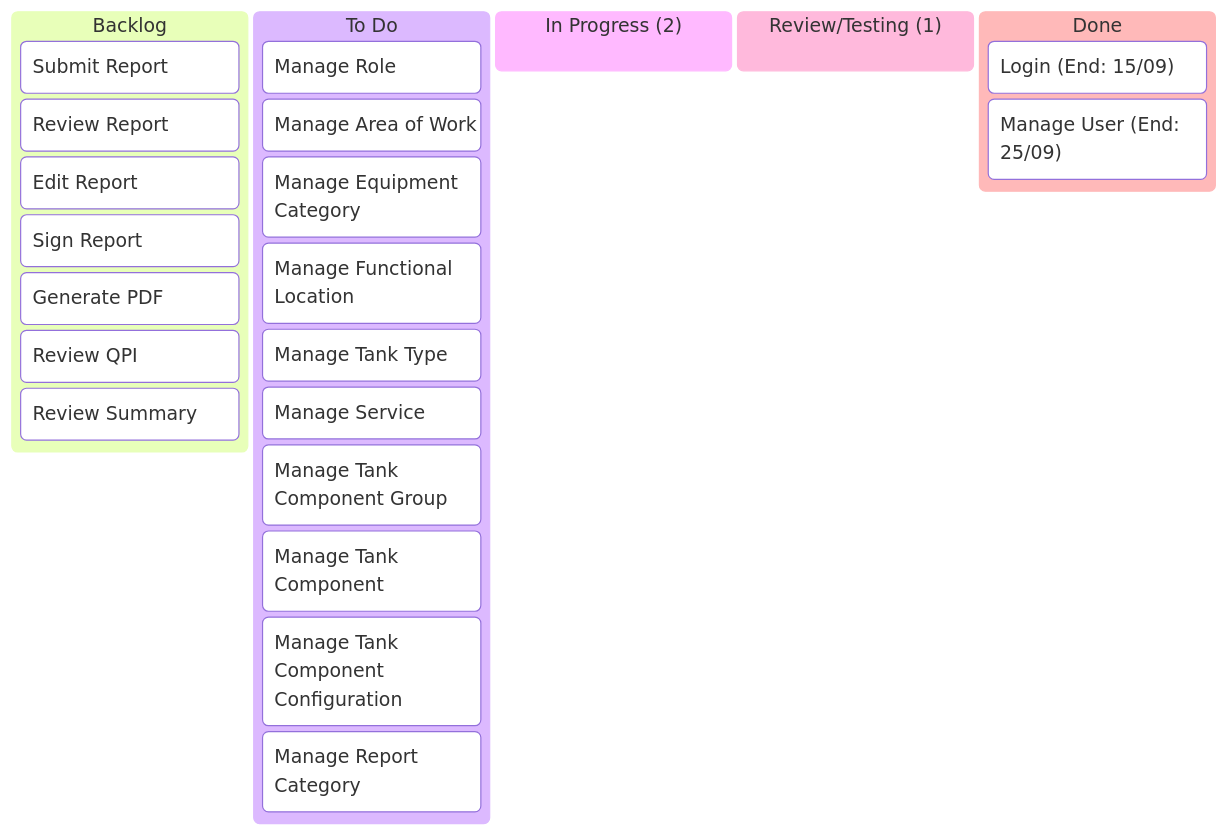
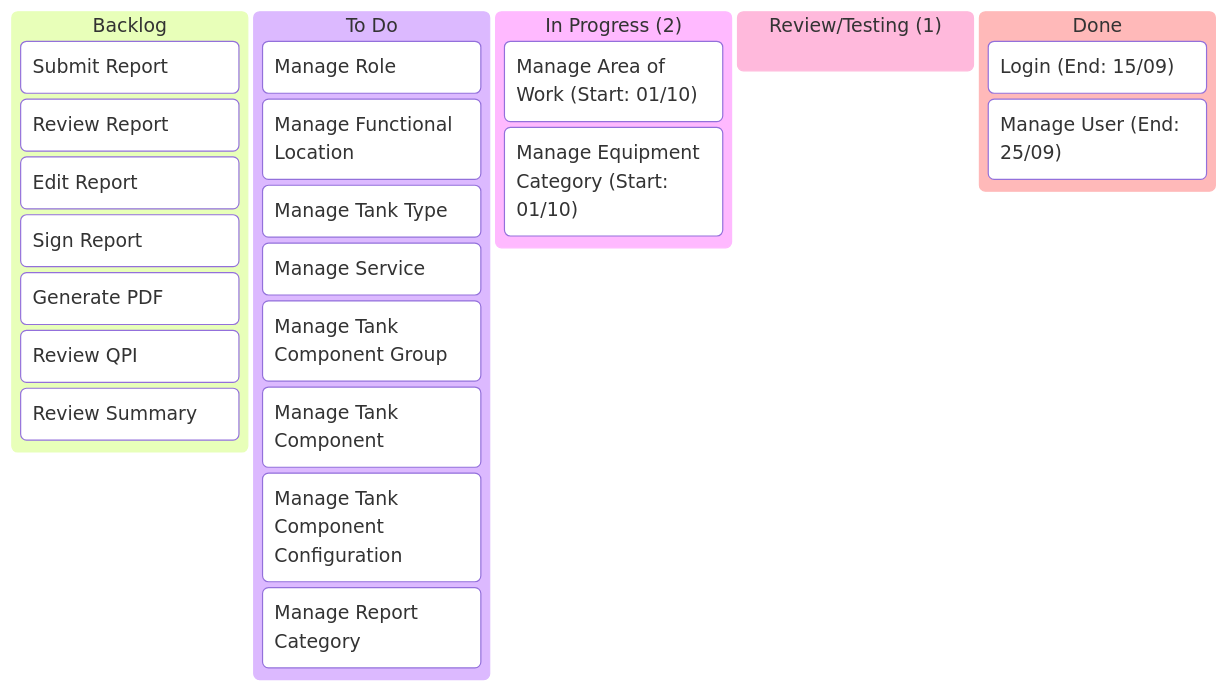
One commit to billdansr/kanban-boc-om changed the diagram in Kanban/02-Kanban.md. Above: the diagram before and after it, drawn with Mermaid.

Commit message:
vault backup: 2025-10-01 09:13:04
Manage Area of Work started in 01/10
Manage Equipment Category started in 01/10

````diff
--- a/Kanban/02-Kanban.md
+++ b/Kanban/02-Kanban.md
@@ -3,32 +3,32 @@
 ```mermaid
 kanban
   backlog[Backlog]
 	  b2[Submit Report]
 	  b3[Review Report]
 	  b4[Edit Report]
 	  b5[Sign Report]
 	  b6[Generate PDF]
 	  b7[Review QPI]
 	  b8[Review Summary]
 
   todo[To Do]
 	  t10[Manage Role]
-	  t11[Manage Area of Work]
-	  t12[Manage Equipment Category]
+	  
 	  t13[Manage Functional Location]
 	  t14[Manage Tank Type]
 	  t15[Manage Service]
 	  t16[Manage Tank Component Group]
 	  t17[Manage Tank Component]
 	  t18[Manage Tank Component Configuration]
 	  t19[Manage Report Category]
 
   inprogress["In Progress (2)"]
-
+	  i11["Manage Area of Work (Start: 01/10)"]
+	  i12["Manage Equipment Category (Start: 01/10)"]
 
   review["Review/Testing (1)"]
 
   done[Done]
 	  d1["Login (End: 15/09)"]
 	  d9["Manage User (End: 25/09)"]
 ```
````
